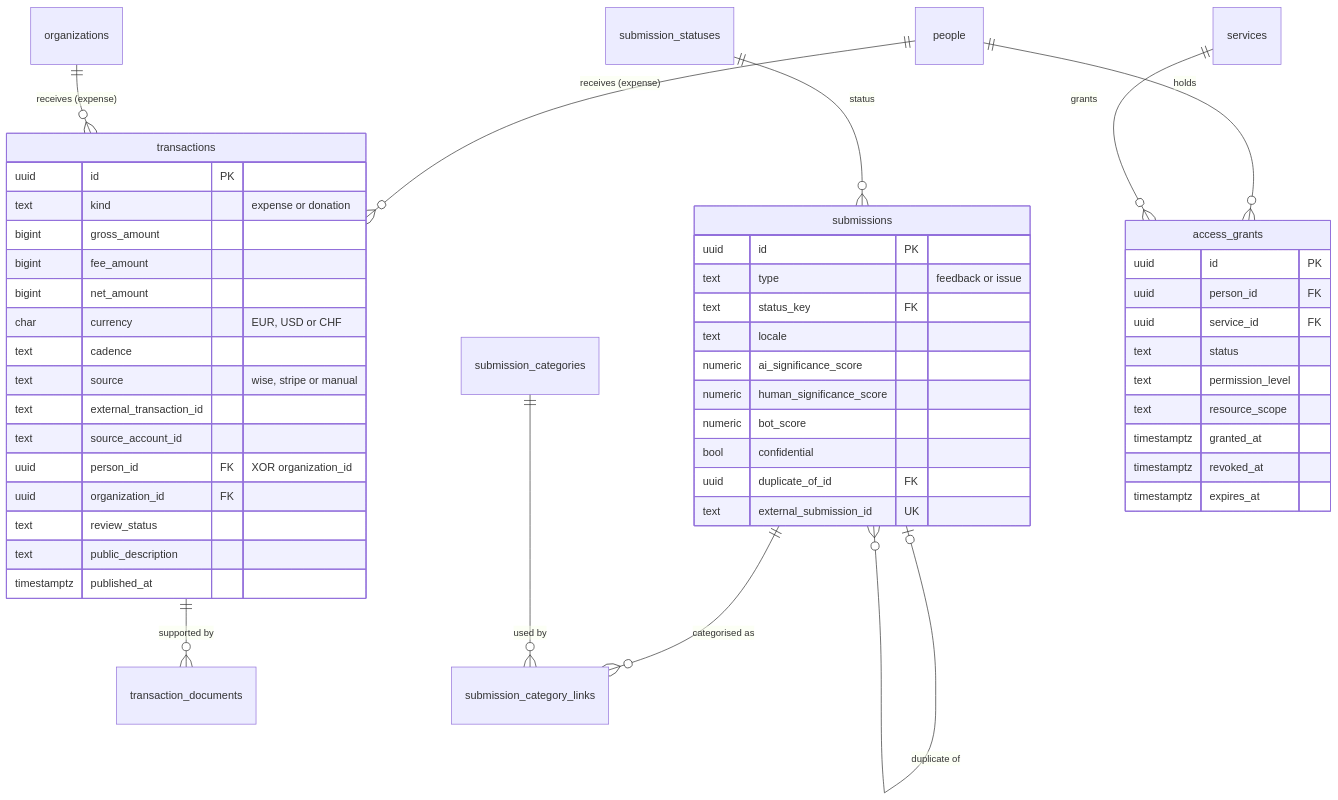
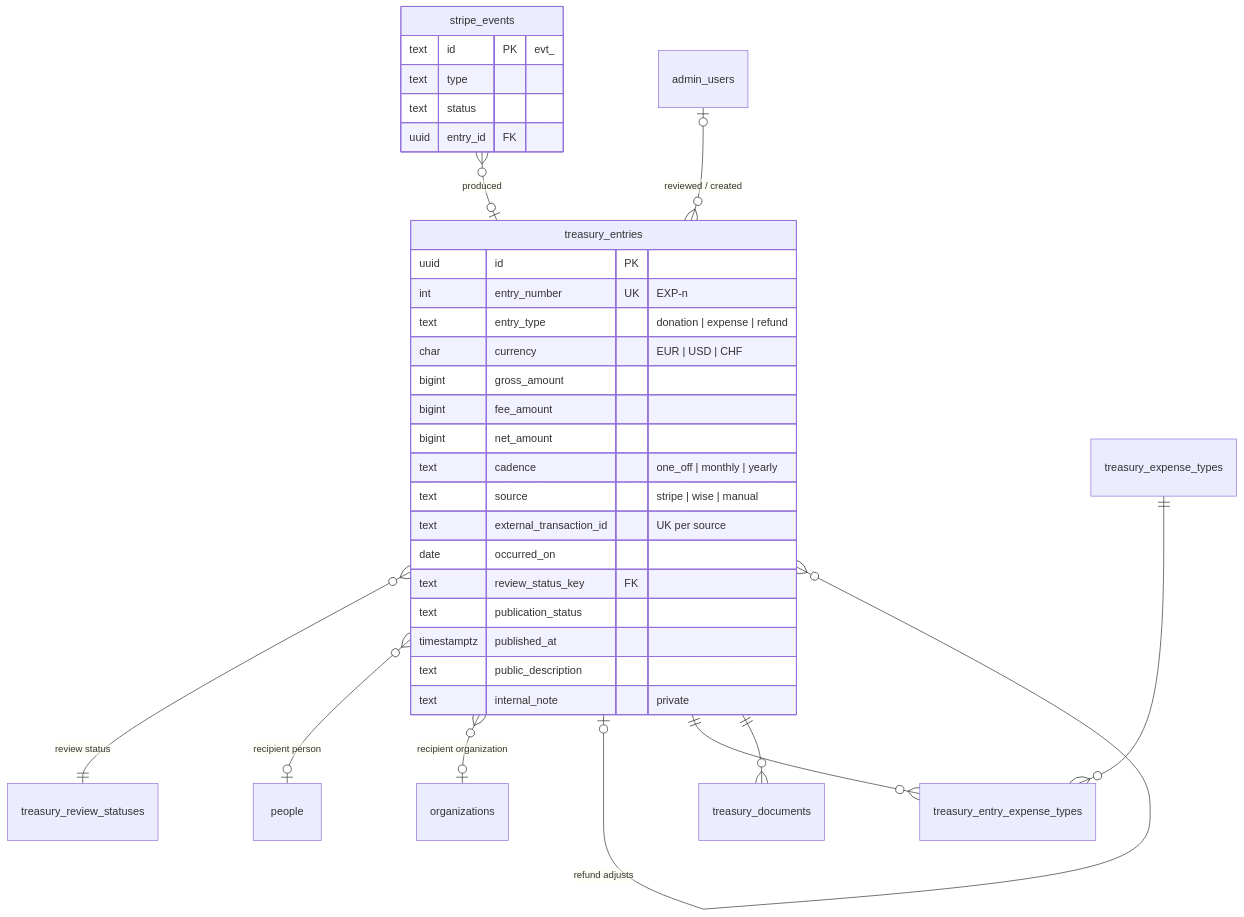
Before and after one commit to Global-experiment/Global-experiment: the second of 6 diagrams in docs/architecture/data-model.md, drawn with Mermaid. The commit also changed other lines of this file and 2 other files, not shown here.

Commit message:
docs(architecture): full v0.1 architecture and data model, v1.0-ready

````diff
--- a/docs/architecture/data-model.md
+++ b/docs/architecture/data-model.md
@@ -355,53 +314,37 @@
 ```mermaid
 erDiagram
-  people ||--o{ transactions : "receives (expense)"
-  organizations ||--o{ transactions : "receives (expense)"
-  transactions ||--o{ transaction_documents : "supported by"
-  submissions ||--o{ submission_category_links : "categorised as"
-  submission_categories ||--o{ submission_category_links : "used by"
-  submission_statuses ||--o{ submissions : "status"
-  submissions |o--o{ submissions : "duplicate of"
-  people ||--o{ access_grants : "holds"
-  services ||--o{ access_grants : "grants"
+  treasury_entries }o--|| treasury_review_statuses : "review status"
+  treasury_entries }o--o| people : "recipient person"
+  treasury_entries }o--o| organizations : "recipient organization"
+  treasury_entries |o--o{ treasury_entries : "refund adjusts"
+  treasury_entries ||--o{ treasury_entry_expense_types : ""
+  treasury_expense_types ||--o{ treasury_entry_expense_types : ""
+  treasury_entries ||--o{ treasury_documents : ""
+  stripe_events }o--o| treasury_entries : "produced"
+  admin_users |o--o{ treasury_entries : "reviewed / created"
 
-  transactions {
+  treasury_entries {
     uuid id PK
-    text kind "expense or donation"
+    int entry_number UK "EXP-n"
+    text entry_type "donation | expense | refund"
+    char currency "EUR | USD | CHF"
     bigint gross_amount
     bigint fee_amount
     bigint net_amount
-    char currency "EUR, USD or CHF"
-    text cadence
-    text source "wise, stripe or manual"
-    text external_transaction_id
-    text source_account_id
-    uuid person_id FK "XOR organization_id"
-    uuid organization_id FK
-    text review_status
+    text cadence "one_off | monthly | yearly"
+    text source "stripe | wise | manual"
+    text external_transaction_id "UK per source"
+    date occurred_on
+    text review_status_key FK
+    text publication_status
+    timestamptz published_at
     text public_description
-    timestamptz published_at
+    text internal_note "private"
   }
-  submissions {
-    uuid id PK
-    text type "feedback or issue"
-    text status_key FK
-    text locale
-    numeric ai_significance_score
-    numeric human_significance_score
-    numeric bot_score
-    bool confidential
-    uuid duplicate_of_id FK
-    text external_submission_id UK
-  }
-  access_grants {
-    uuid id PK
-    uuid person_id FK
-    uuid service_id FK
+  stripe_events {
+    text id PK "evt_"
+    text type
     text status
-    text permission_level
-    text resource_scope
-    timestamptz granted_at
-    timestamptz revoked_at
-    timestamptz expires_at
+    uuid entry_id FK
   }
 ```
````
